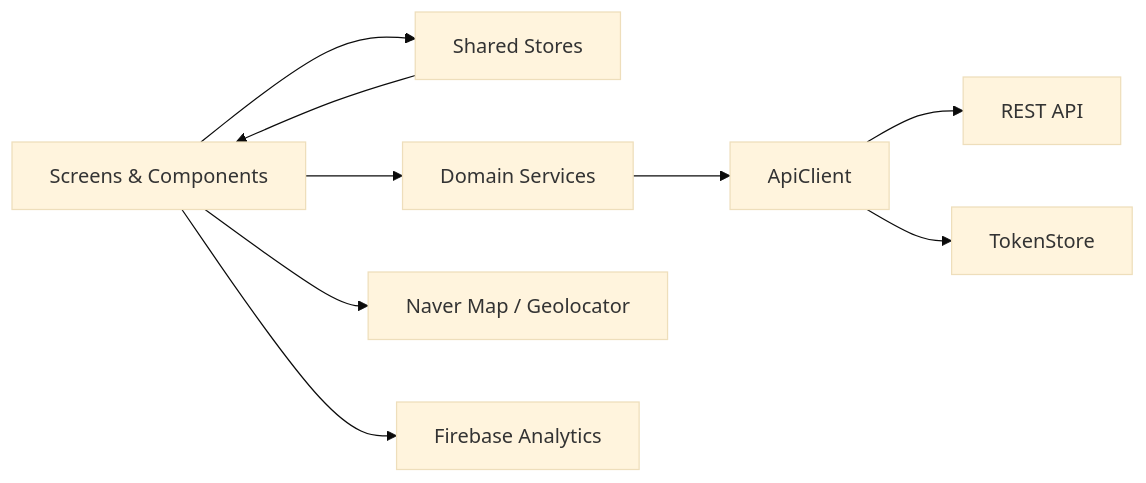
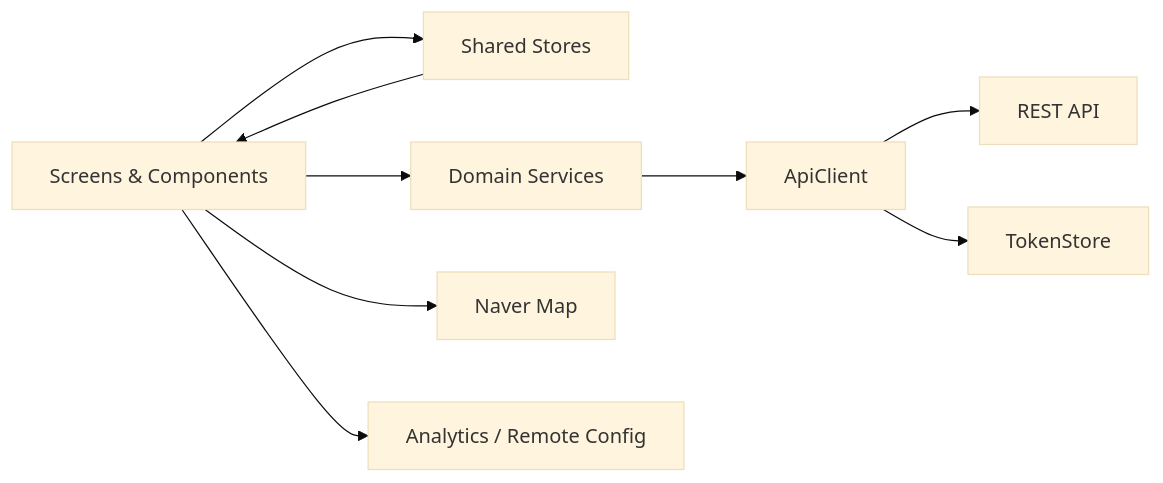
The diagram in README.md (DigNiche/muntum), drawn with Mermaid (base theme) before and after one commit. The commit also changed other lines of this file and 1 other file, not shown here.

````diff
--- a/README.md
+++ b/README.md
@@ -108,11 +134,11 @@
 ```mermaid
 flowchart LR
     UI["Screens & Components"] --> Store["Shared Stores"]
     UI --> Service["Domain Services"]
     Store --> UI
     Service --> Client["ApiClient"]
-    Client --> REST["REST API"]
+    Client --> API["REST API"]
     Client --> Token["TokenStore"]
-    UI --> Map["Naver Map / Geolocator"]
-    UI --> Analytics["Firebase Analytics"]
+    UI --> Map["Naver Map"]
+    UI --> Firebase["Analytics / Remote Config"]
 ```
````
